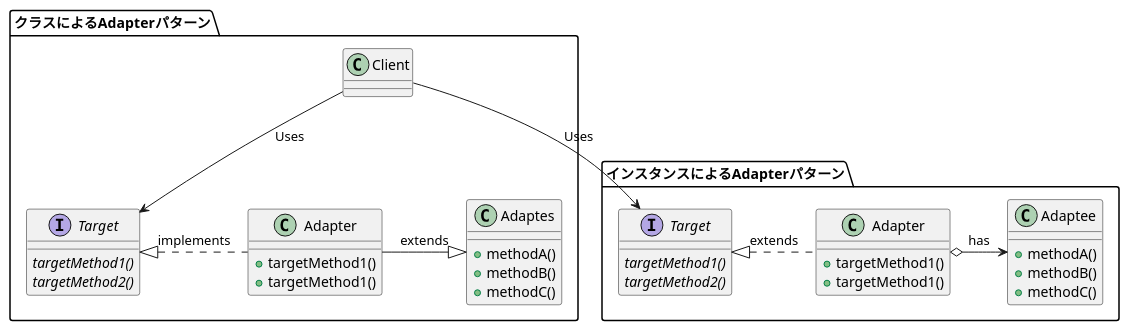
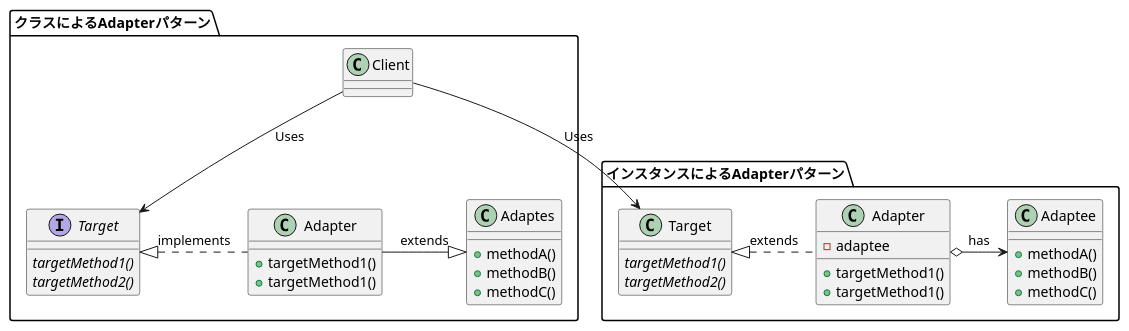
The diagram in src/chap02_Adapter/Diagram_Adapter.puml (ssss-yajima/design-pattern-java), drawn with PlantUML before and after one commit. The commit also changed 10 other files, not shown here.

```diff
--- a/src/chap02_Adapter/Diagram_Adapter.puml
+++ b/src/chap02_Adapter/Diagram_Adapter.puml
@@ -1,40 +1,41 @@
 @startuml
 namespace クラスによるAdapterパターン{
     interface Target{
         {abstract}targetMethod1()
         {abstract}targetMethod2()
     }
     class Adapter{
         +targetMethod1()
         +targetMethod1()
     }
     class Adaptes{
         +methodA()
         +methodB()
         +methodC()
     }
     Client --> Target:Uses
     Target <|.r. Adapter:implements
     Adapter-r-|> Adaptes:extends
 }
 
 namespace インスタンスによるAdapterパターン{
-    interface Target{
+    class Target{
         {abstract}targetMethod1()
         {abstract}targetMethod2()
     }
     class Adapter{
+        -adaptee
         +targetMethod1()
         +targetMethod1()
     }
     class Adaptee{
         +methodA()
         +methodB()
         +methodC()
     }
     Client --> Target:Uses
     Target <|.r. Adapter:extends
     Adapter o-r-> Adaptee:has
 }
 
 @enduml
```
